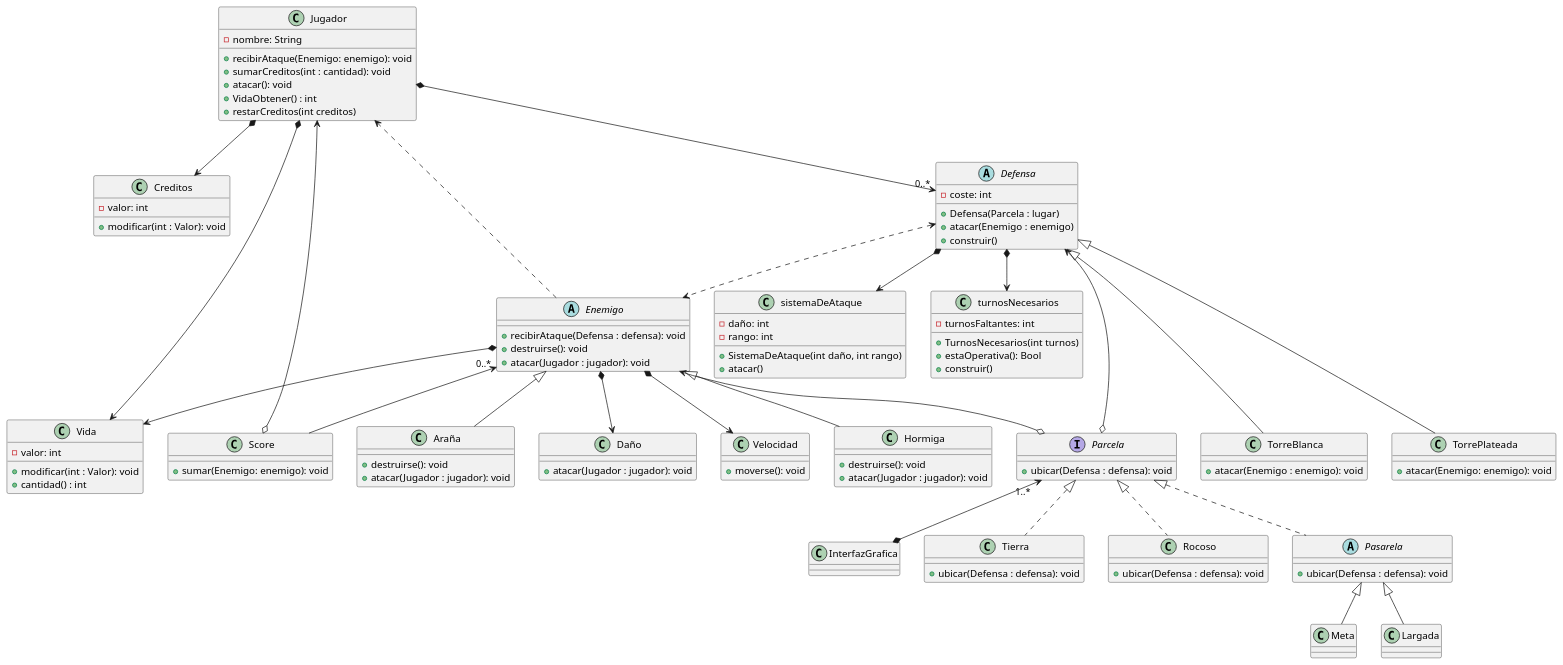
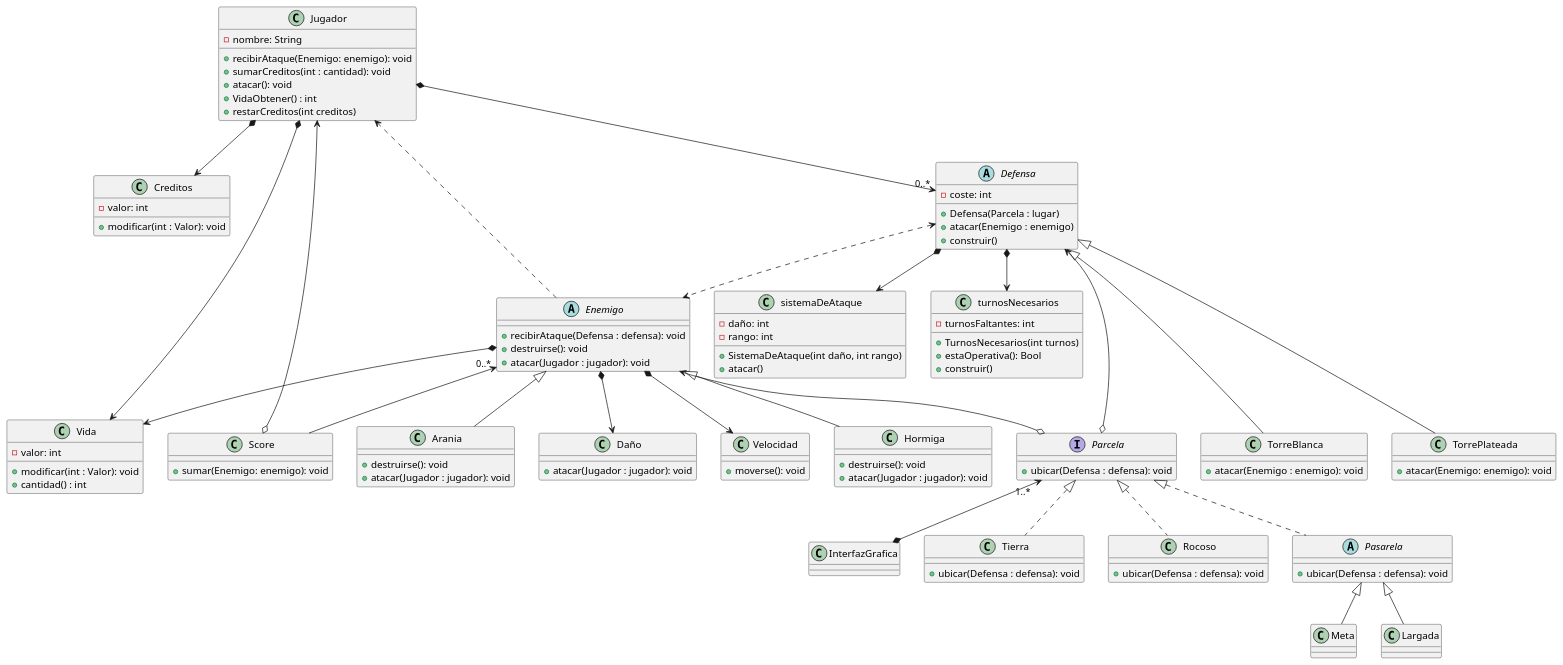
One commit to franzimbi/algo3_tp2 changed the diagram in diagrams/classes/diagrama_de_clase_tentativo.puml. Above: the diagram before and after it, drawn with PlantUML. The commit also changed 15 other files, not shown here.

Commit message:
Update tests Arania, Camino, Defensa, Enemigo, Hormiga y algunas modificaciones generales

```diff
--- a/diagrams/classes/diagrama_de_clase_tentativo.puml
+++ b/diagrams/classes/diagrama_de_clase_tentativo.puml
@@ -1,135 +1,135 @@
 @startuml
 'https://plantuml.com/class-diagram
 
 class Jugador {
     -nombre: String
     +recibirAtaque(Enemigo: enemigo): void
     +sumarCreditos(int : cantidad): void
     +atacar(): void
     +VidaObtener() : int
     +restarCreditos(int creditos)
 }
 
 class Creditos {
     -valor: int
     +modificar(int : Valor): void
 }
 
 class Vida {
     -valor: int
     +modificar(int : Valor): void
     +cantidad() : int
 }
 
 class Score {
     +sumar(Enemigo: enemigo): void
 }
 
 abstract class Defensa {
     -coste: int
     +Defensa(Parcela : lugar)
     +atacar(Enemigo : enemigo)
     +construir()
 }
 
 class sistemaDeAtaque{
     -daño: int
     -rango: int
     +SistemaDeAtaque(int daño, int rango)
     +atacar()
 }
 
 class turnosNecesarios{
     -turnosFaltantes: int
     +TurnosNecesarios(int turnos)
     +estaOperativa(): Bool
     +construir()
 }
 
 class TorreBlanca{
     +atacar(Enemigo : enemigo): void
 }
 
 class TorrePlateada{
     +atacar(Enemigo: enemigo): void
 }
 
 
 interface Parcela {
     +ubicar(Defensa : defensa): void
 }
 
 class InterfazGrafica {}
 
 class Tierra {
     +ubicar(Defensa : defensa): void
 }
 
 class Rocoso {
     +ubicar(Defensa : defensa): void
 }
 
 abstract class Pasarela {
     +ubicar(Defensa : defensa): void
 }
 
 class Meta {}
 class Largada {}
 
 abstract class Enemigo {
     +recibirAtaque(Defensa : defensa): void
     +destruirse(): void
     +atacar(Jugador : jugador): void
 }
 
 class Hormiga {
     +destruirse(): void
     +atacar(Jugador : jugador): void
 }
 
-class Araña {
+class Arania {
     +destruirse(): void
     +atacar(Jugador : jugador): void
 }
 
 class Daño {
     +atacar(Jugador : jugador): void
 }
 
 class Velocidad {
     +moverse(): void
 }
 
 Jugador  *-->  Creditos
 Jugador  *-->  Vida
 Jugador  *--> "0..*" Defensa
 Score  o-->  Jugador
 
 Defensa <|--- TorreBlanca
 Defensa <|--- TorrePlateada
 Defensa <..> Enemigo
 Defensa *--> sistemaDeAtaque
 Defensa *--> turnosNecesarios
 
 Parcela o--> Defensa
 Parcela "1..*" <--*  InterfazGrafica
 Parcela <|.. Tierra
 Parcela <|.. Rocoso
 Parcela <|.. Pasarela
 
 Pasarela <|-- Meta
 Pasarela <|-- Largada
 
 Enemigo <|-- Hormiga
-Enemigo <|-- Araña
+Enemigo <|-- Arania
 Enemigo *--> Daño
 Enemigo *--> Velocidad
 Enemigo "0..*" <--  Score
 Enemigo ..> Jugador
 Enemigo *--> Vida
 Enemigo <--o Parcela
 
 
 
 
 @enduml
```
